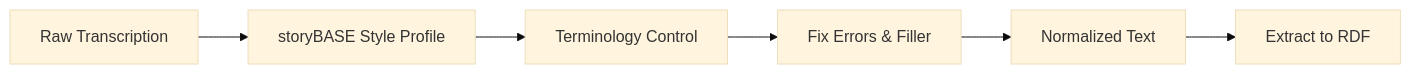
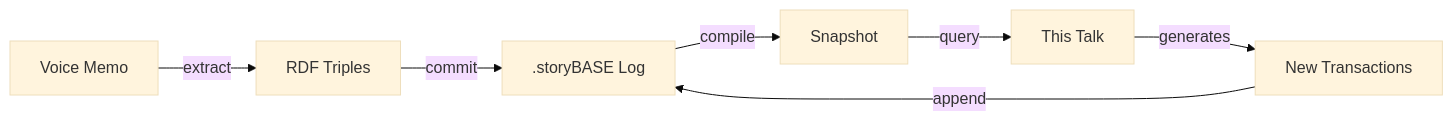
Before and after one commit to Synthetic-Identity-Co/conj-talk-2025: the sixth of 7 diagrams in conj-talk-2025.md, drawn with Mermaid (base theme). The commit also changed other lines of this file, not shown here.

Commit message:
story:  dbd8427979930d9d1f6f4c120e18668891455dd0

````diff
--- a/conj-talk-2025.md
+++ b/conj-talk-2025.md
@@ -417,8 +311,9 @@
 ```mermaid
 graph LR
-    A[Raw Transcription] --> B[storyBASE Style Profile]
-    B --> C[Terminology Control]
-    C --> D[Fix Errors & Filler]
-    D --> E[Normalized Text]
-    E --> F[Extract to RDF]
+    V[Voice Memo] -->|extract| R[RDF Triples]
+    R -->|commit| L[.storyBASE Log]
+    L -->|compile| S[Snapshot]
+    S -->|query| T[This Talk]
+    T -->|generates| N[New Transactions]
+    N -->|append| L
 ```
````
